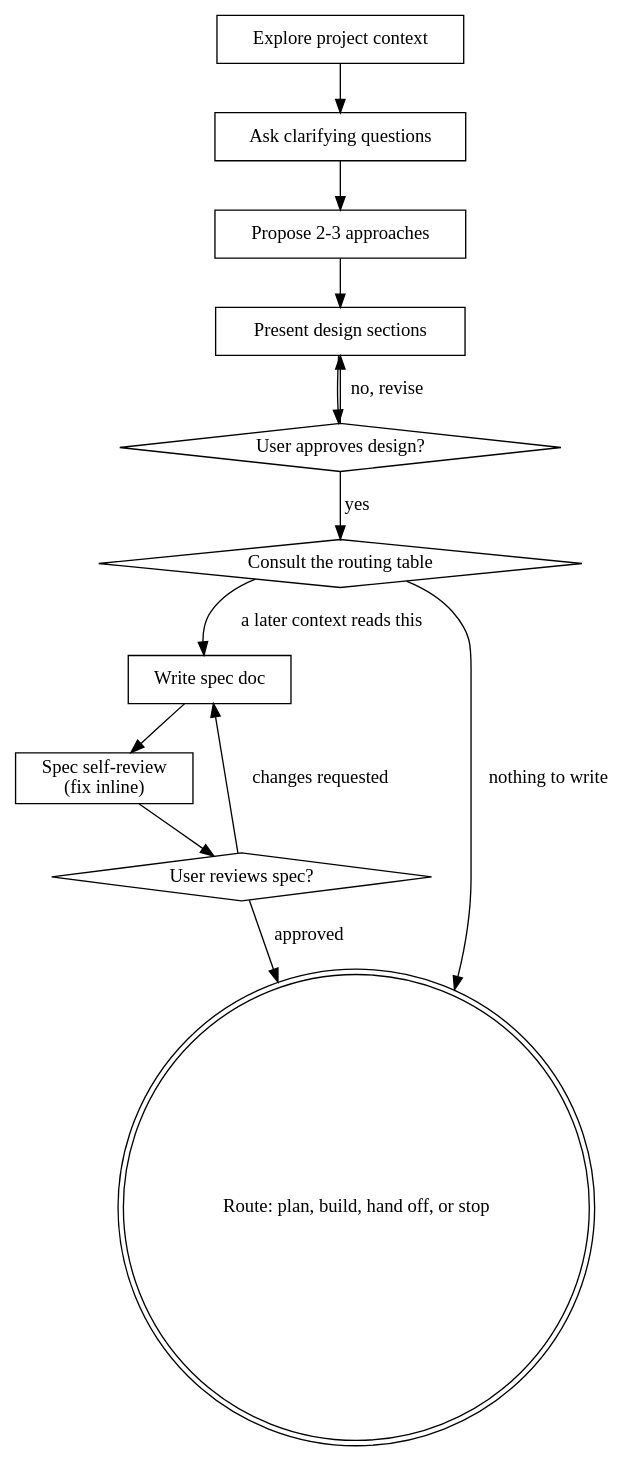
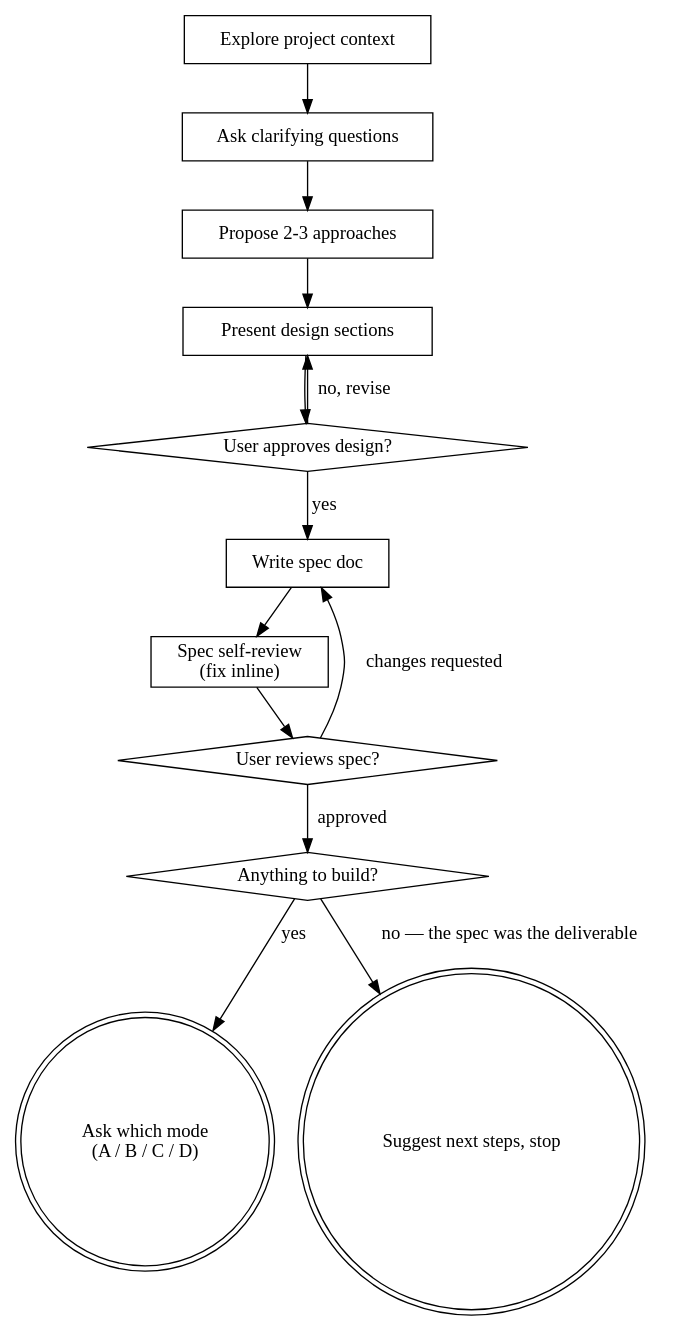
One commit to mrgawrys/clankit changed the diagram in plugins/clankit-dev/skills/brainstorming/SKILL.md. Above: the diagram before and after it, drawn with Graphviz. The commit also changed other lines of this file and 7 other files, not shown here.

````diff
--- a/plugins/clankit-dev/skills/brainstorming/SKILL.md
+++ b/plugins/clankit-dev/skills/brainstorming/SKILL.md
@@ -34,27 +61,28 @@
 ```dot
 digraph brainstorming {
     "Explore project context" [shape=box];
     "Ask clarifying questions" [shape=box];
     "Propose 2-3 approaches" [shape=box];
     "Present design sections" [shape=box];
     "User approves design?" [shape=diamond];
-    "Consult the routing table" [shape=diamond];
     "Write spec doc" [shape=box];
     "Spec self-review\n(fix inline)" [shape=box];
     "User reviews spec?" [shape=diamond];
-    "Route: plan, build, hand off, or stop" [shape=doublecircle];
+    "Anything to build?" [shape=diamond];
+    "Ask which mode\n(A / B / C / D)" [shape=doublecircle];
+    "Suggest next steps, stop" [shape=doublecircle];
 
     "Explore project context" -> "Ask clarifying questions";
     "Ask clarifying questions" -> "Propose 2-3 approaches";
     "Propose 2-3 approaches" -> "Present design sections";
     "Present design sections" -> "User approves design?";
     "User approves design?" -> "Present design sections" [label="no, revise"];
-    "User approves design?" -> "Consult the routing table" [label="yes"];
-    "Consult the routing table" -> "Route: plan, build, hand off, or stop" [label="nothing to write"];
-    "Consult the routing table" -> "Write spec doc" [label="a later context reads this"];
+    "User approves design?" -> "Write spec doc" [label="yes"];
     "Write spec doc" -> "Spec self-review\n(fix inline)";
     "Spec self-review\n(fix inline)" -> "User reviews spec?";
     "User reviews spec?" -> "Write spec doc" [label="changes requested"];
-    "User reviews spec?" -> "Route: plan, build, hand off, or stop" [label="approved"];
+    "User reviews spec?" -> "Anything to build?" [label="approved"];
+    "Anything to build?" -> "Ask which mode\n(A / B / C / D)" [label="yes"];
+    "Anything to build?" -> "Suggest next steps, stop" [label="no — the spec was the deliverable"];
 }
 ```
````
